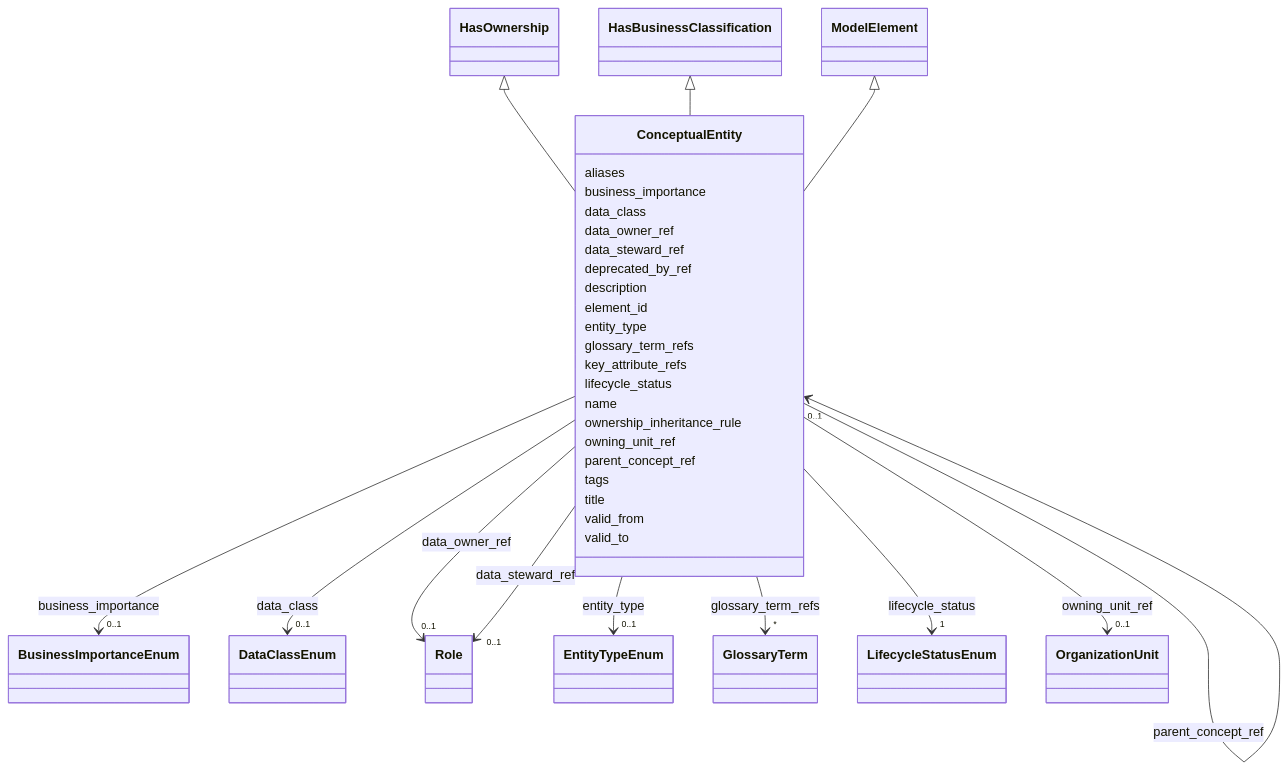
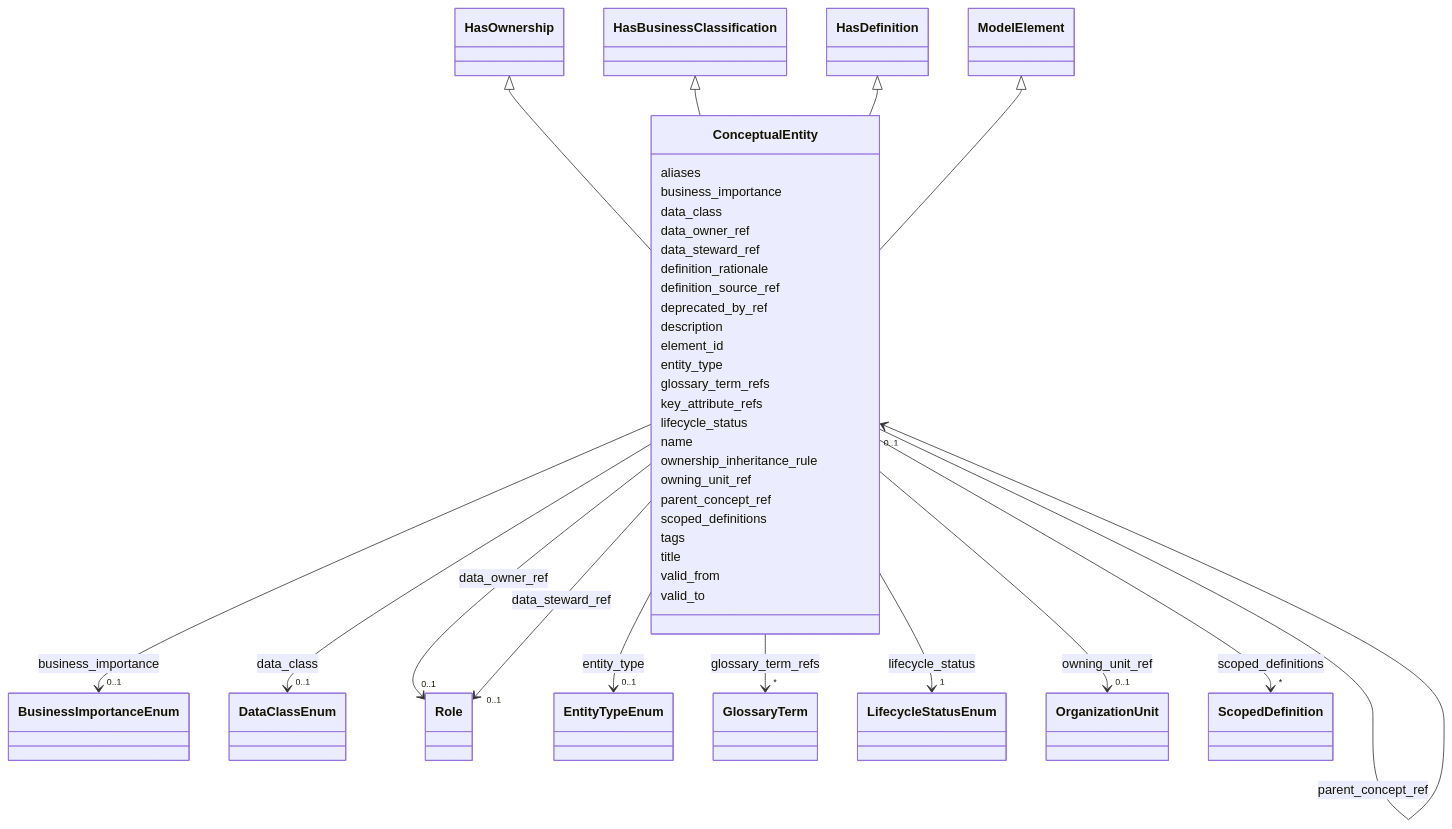
One commit to oista/moex-data-model changed the diagram in generated/artifacts/moex-dams/0.1/diagrams/ConceptualEntity.md. Above: the diagram before and after it, drawn with Mermaid. The commit also changed 40 other files, not shown here.

First line of the commit message:
Add HasDefinition mixin and ScopedDefinition table to enhance definition handling

```diff
--- a/generated/artifacts/moex-dams/0.1/diagrams/ConceptualEntity.md
+++ b/generated/artifacts/moex-dams/0.1/diagrams/ConceptualEntity.md
@@ -9,6 +9,8 @@
         click HasOwnership href "../HasOwnership"
       HasBusinessClassification <|-- ConceptualEntity
         click HasBusinessClassification href "../HasBusinessClassification"
+      HasDefinition <|-- ConceptualEntity
+        click HasDefinition href "../HasDefinition"
       ModelElement <|-- ConceptualEntity
         click ModelElement href "../ModelElement"
       
@@ -57,6 +59,10 @@
         click Role href "../Role"
     
 
+        
+      ConceptualEntity : definition_rationale
+        
+      ConceptualEntity : definition_source_ref
         
       ConceptualEntity : deprecated_by_ref
         
@@ -125,6 +131,17 @@
     
 
         
+      ConceptualEntity : scoped_definitions
+        
+          
+    
+        
+        
+        ConceptualEntity --> "*" ScopedDefinition : scoped_definitions
+        click ScopedDefinition href "../ScopedDefinition"
+    
+
+        
       ConceptualEntity : tags
         
       ConceptualEntity : title
```
